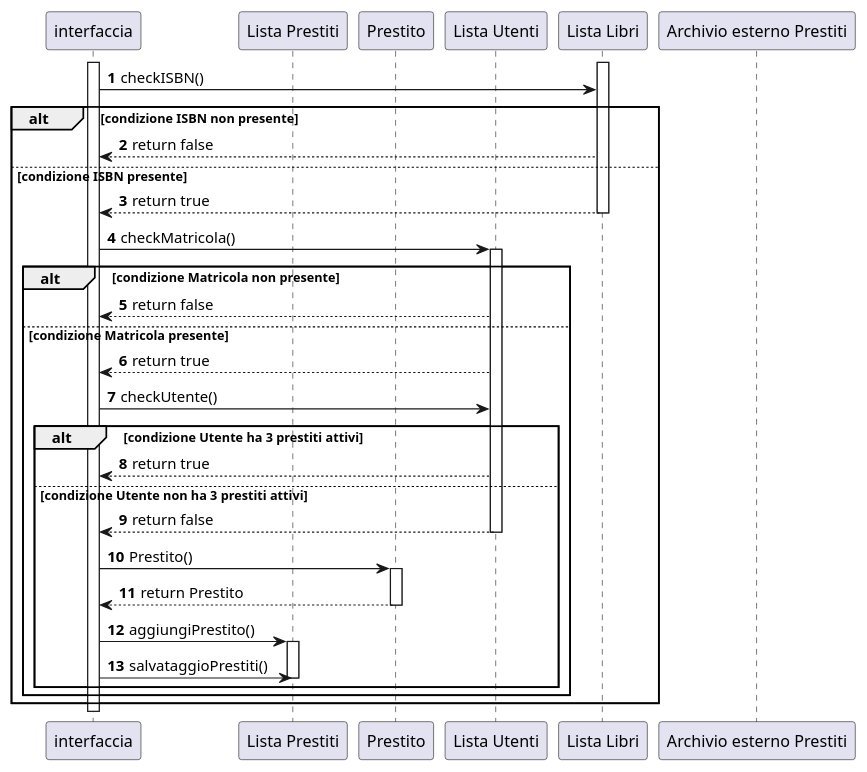
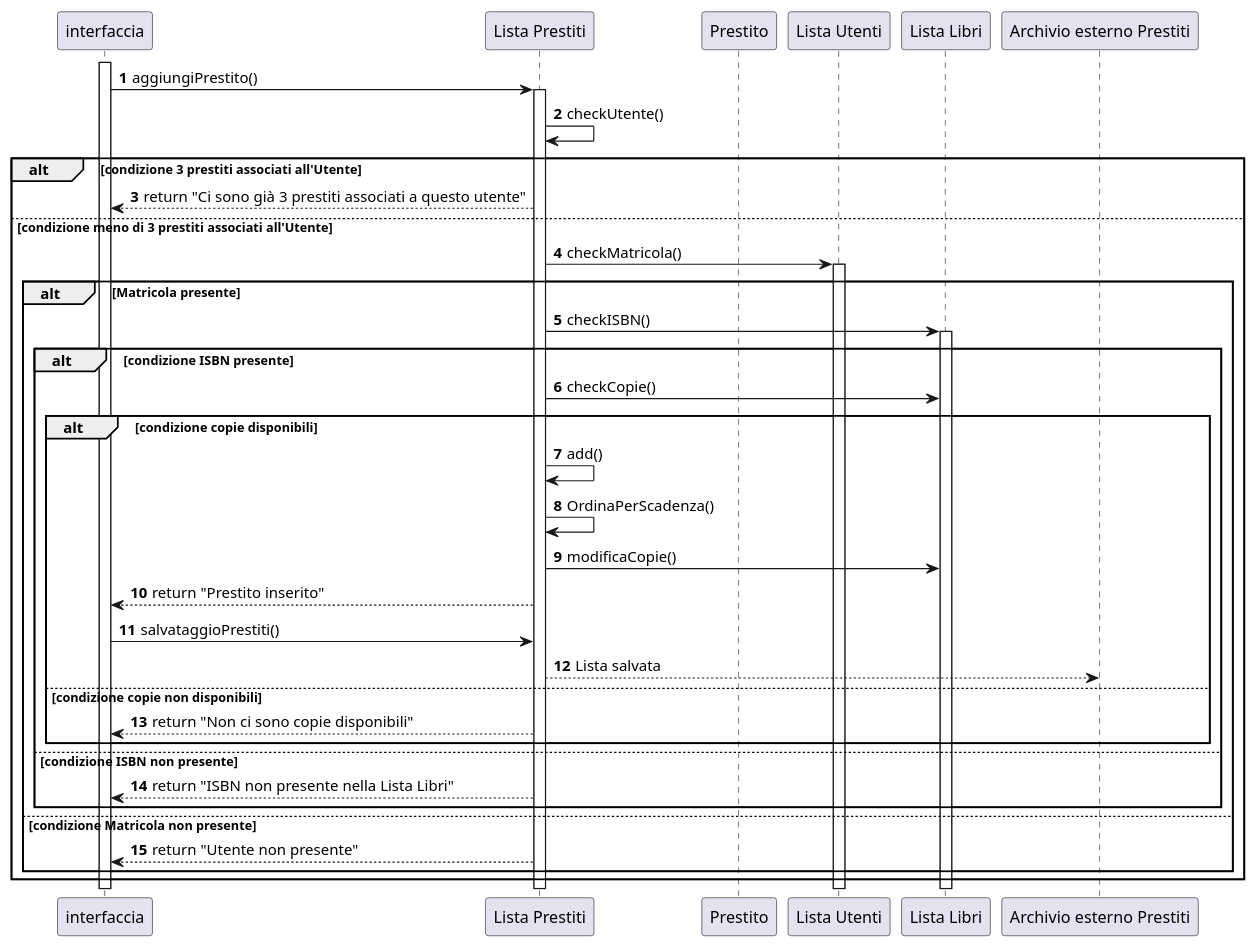
Before and after one commit to amalinconico6-cpu/Biblioteca_universitaria_10: the diagram in Progettazione/AllDiagramsCode/IndividualSequenceDiagramsCode/AggiungiPrestito.wsd, drawn with PlantUML.

Commit message:
Modifica diagramma di sequenza

```diff
--- a/Progettazione/AllDiagramsCode/IndividualSequenceDiagramsCode/AggiungiPrestito.wsd
+++ b/Progettazione/AllDiagramsCode/IndividualSequenceDiagramsCode/AggiungiPrestito.wsd
@@ -1,46 +1,43 @@
 @startuml
 autonumber
 
 participant "interfaccia" as g
 participant "Lista Prestiti" as archiviop
 participant "Prestito" as p
 participant "Lista Utenti" as archiviou
 participant "Lista Libri" as archiviol
 participant "Archivio esterno Prestiti" as archivioe
 activate g
-activate archiviol
-g->archiviol:checkISBN()
-alt condizione ISBN non presente
-    archiviol-->g:return false
-else condizione ISBN presente
-    archiviol-->g:return true
-    deactivate archiviol
-    g->archiviou:checkMatricola()
+
+g->archiviop:aggiungiPrestito()
+activate archiviop
+archiviop->archiviop:checkUtente()
+alt condizione 3 prestiti associati all'Utente
+    archiviop-->g:return "Ci sono già 3 prestiti associati a questo utente"
+else condizione meno di 3 prestiti associati all'Utente
+    archiviop->archiviou:checkMatricola()
     activate archiviou
-    alt condizione Matricola non presente
-        archiviou-->g:return false
-    else condizione Matricola presente
-        archiviou-->g:return true
-        
-        g->archiviou:checkUtente()
-     
-        alt condizione Utente ha 3 prestiti attivi
-            archiviou-->g:return true
-        else condizione Utente non ha 3 prestiti attivi
-            archiviou-->g:return false
-            deactivate archiviou
-            g->p:Prestito()
-            activate p
-            p-->g:return Prestito
-            deactivate p
-            g->archiviop:aggiungiPrestito()
-            activate archiviop
-           
-            g->archiviop:salvataggioPrestiti()
-            
-            deactivate archiviop
+    alt Matricola presente
+        archiviop->archiviol:checkISBN()
+        activate archiviol
+        alt condizione ISBN presente
+            archiviop->archiviol:checkCopie()
+            alt condizione copie disponibili
+                archiviop->archiviop:add()   
+                archiviop->archiviop:OrdinaPerScadenza() 
+                archiviop->archiviol:modificaCopie()
+                archiviop-->g:return "Prestito inserito"
+                g->archiviop:salvataggioPrestiti()
+                archiviop-->archivioe: Lista salvata
+            else condizione copie non disponibili
+                archiviop-->g:return "Non ci sono copie disponibili"
+            end
+        else condizione ISBN non presente
+            archiviop-->g:return "ISBN non presente nella Lista Libri"
         end
+    else condizione Matricola non presente
+        archiviop-->g:return "Utente non presente"
     end
 end
-deactivate g
+
 @enduml
```
